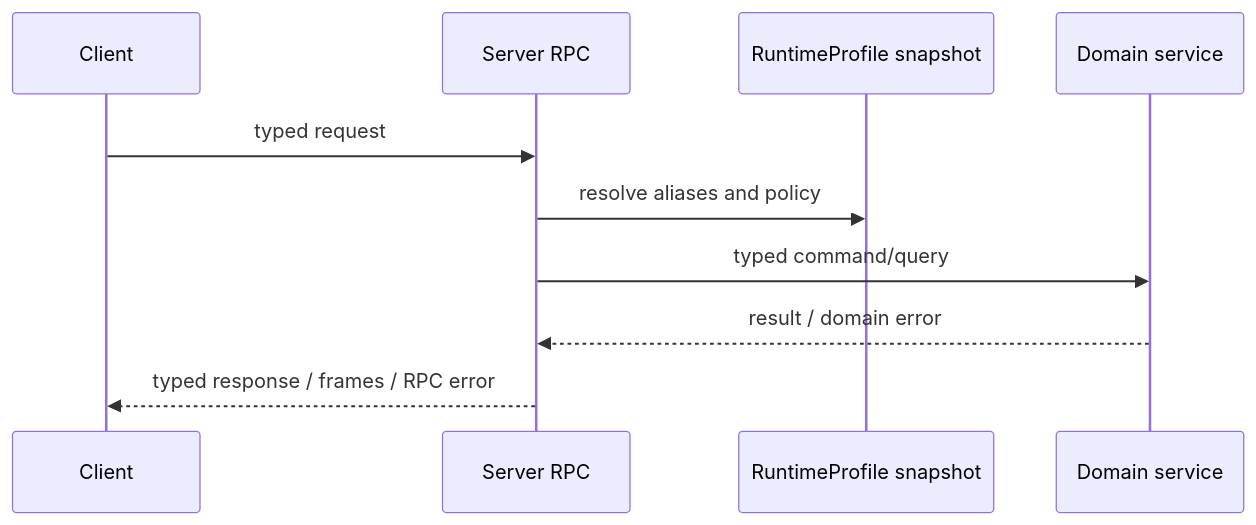
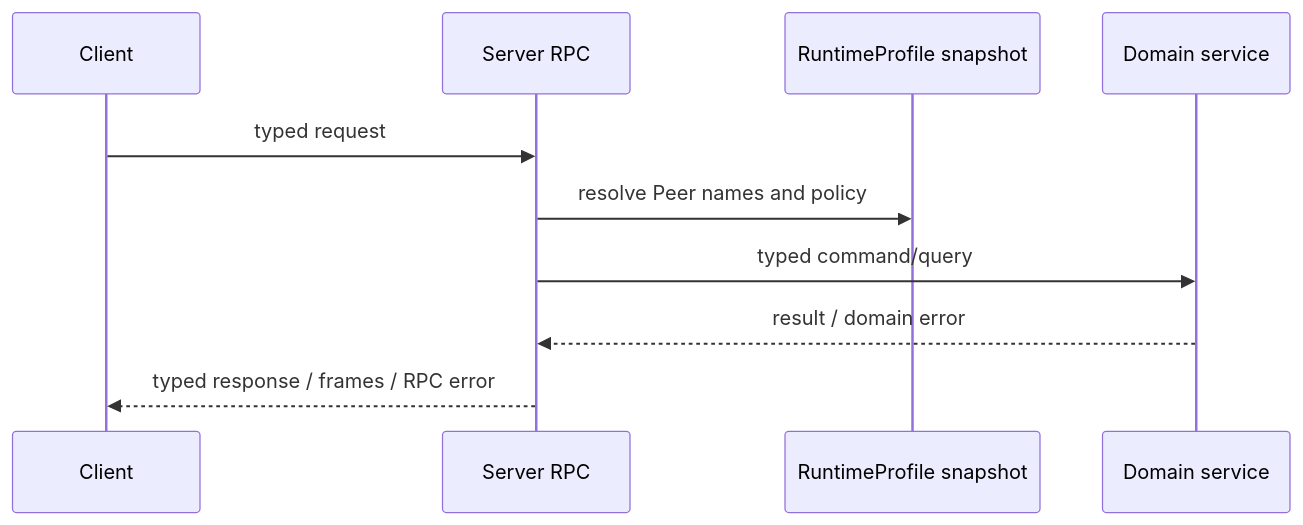
The diagram in guides/en/developing/api/proto/rpc/server-provided-to-client.md (GizClaw/gizclaw), drawn with Mermaid before and after one commit. The commit also changed other lines of this file and 418 other files, not shown here.

First line of the commit message:
gizclaw: separate admin IDs from peer names

````diff
--- a/guides/en/developing/api/proto/rpc/server-provided-to-client.md
+++ b/guides/en/developing/api/proto/rpc/server-provided-to-client.md
@@ -17,12 +17,12 @@
 ```mermaid
 sequenceDiagram
     participant Client
     participant RPC as Server RPC
     participant Profile as RuntimeProfile snapshot
     participant Service as Domain service
     Client->>RPC: typed request
-    RPC->>Profile: resolve aliases and policy
+    RPC->>Profile: resolve Peer names and policy
     RPC->>Service: typed command/query
     Service-->>RPC: result / domain error
     RPC-->>Client: typed response / frames / RPC error
 ```
````
